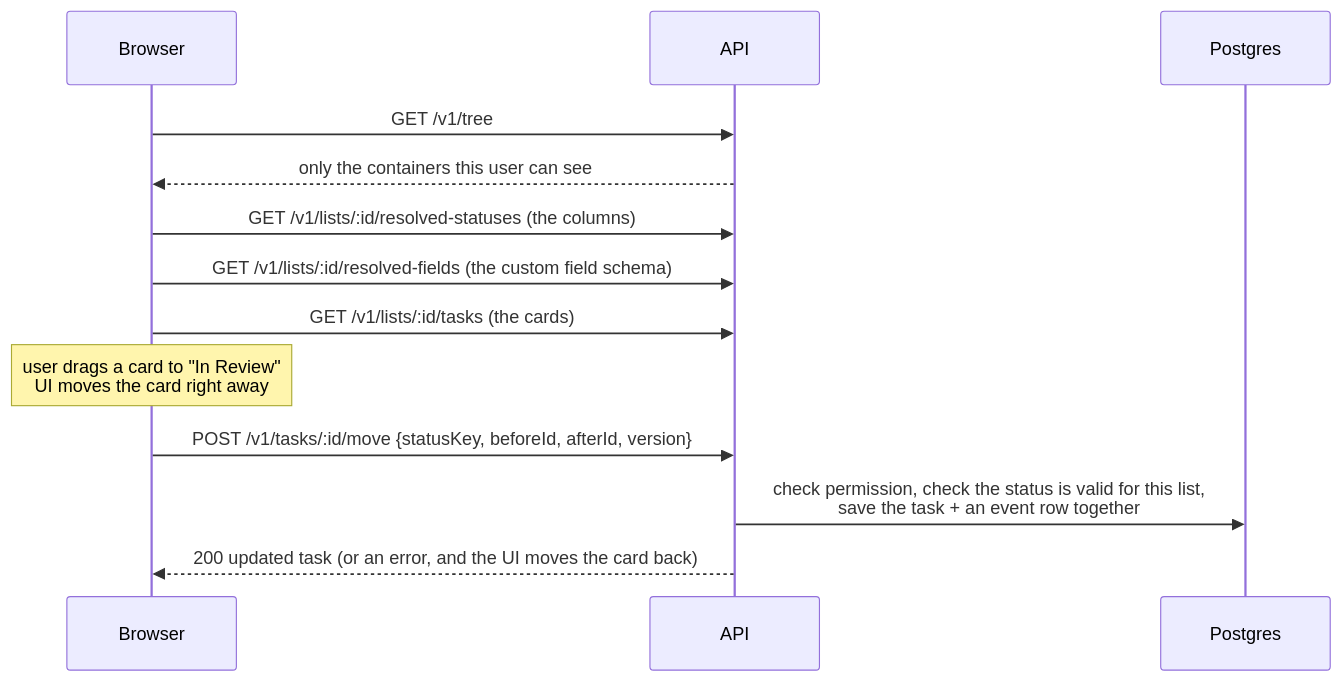
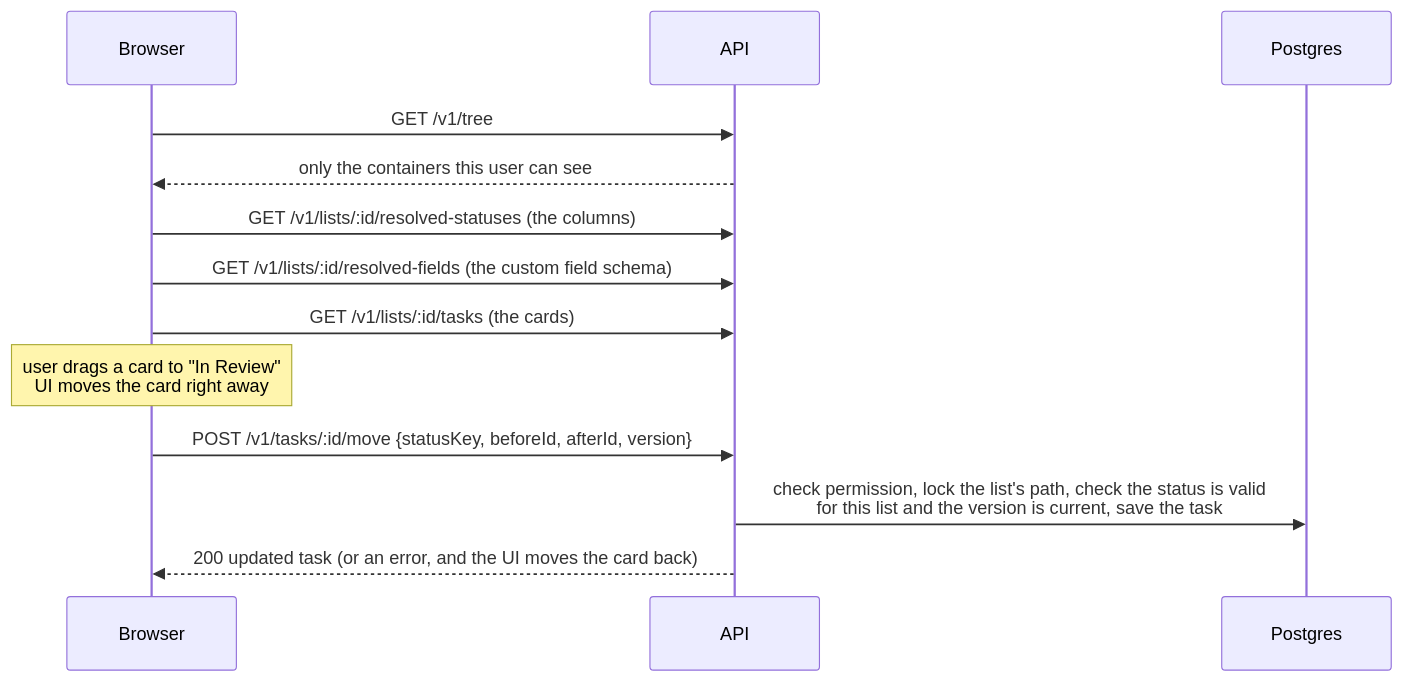
Before and after one commit to 17aim17/flowboard: the second of 2 diagrams in docs/DESIGN.md, drawn with Mermaid. The commit also changed other lines of this file, not shown here.

````diff
--- a/docs/DESIGN.md
+++ b/docs/DESIGN.md
@@ -51,15 +51,15 @@
 ```mermaid
 sequenceDiagram
   participant B as Browser
   participant A as API
   participant DB as Postgres
   B->>A: GET /v1/tree
   A-->>B: only the containers this user can see
   B->>A: GET /v1/lists/:id/resolved-statuses  (the columns)
   B->>A: GET /v1/lists/:id/resolved-fields    (the custom field schema)
   B->>A: GET /v1/lists/:id/tasks              (the cards)
   Note over B: user drags a card to "In Review"<br/>UI moves the card right away
   B->>A: POST /v1/tasks/:id/move {statusKey, beforeId, afterId, version}
-  A->>DB: check permission, check the status is valid for this list,<br/>save the task + an event row together
+  A->>DB: check permission, lock the list's path, check the status is valid<br/>for this list and the version is current, save the task
   A-->>B: 200 updated task (or an error, and the UI moves the card back)
 ```
````
